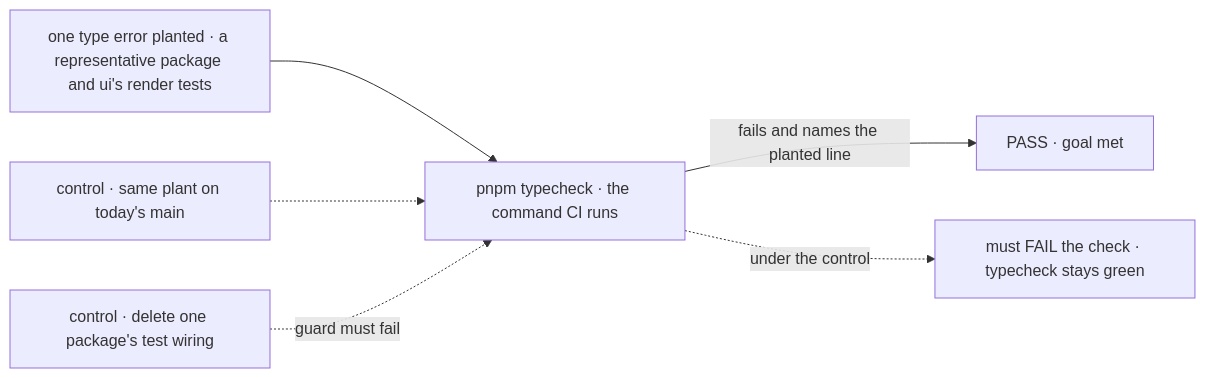
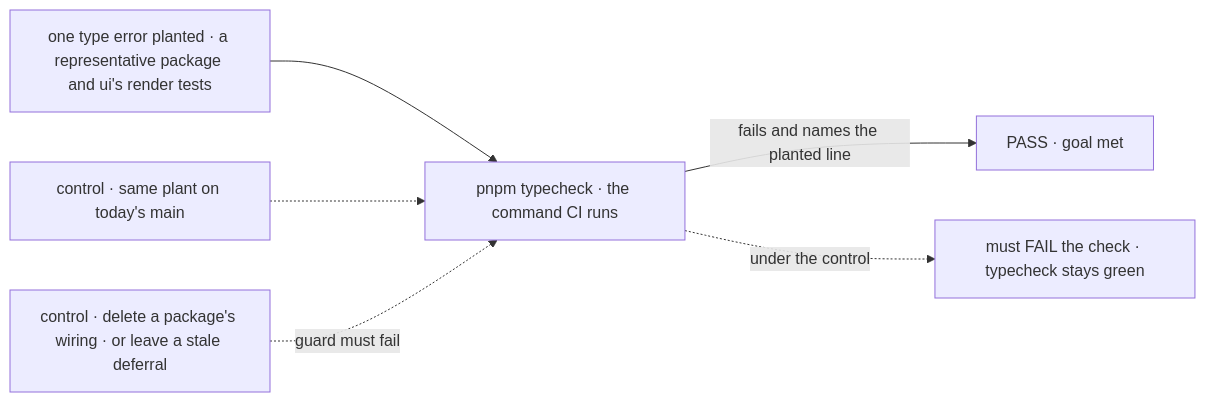
Before and after one commit to fixpoint-labs/flow-state-dev: the first of 3 diagrams in specs/issues/FIX-1343/SPEC.md, drawn with Mermaid. The commit also changed other lines of this file and 2 other files, not shown here.

First line of the commit message:
spec(FIX-1343): stack by default, stale-deferral guard, code links

````diff
--- a/specs/issues/FIX-1343/SPEC.md
+++ b/specs/issues/FIX-1343/SPEC.md
@@ -31,8 +31,8 @@
 ```mermaid
 flowchart LR
   P["one type error planted · a representative package and ui's render tests"] --> T["pnpm typecheck · the command CI runs"]
   T -->|"fails and names the planted line"| OK["PASS · goal met"]
   M["control · same plant on today's main"] -.-> T
   T -.->|"under the control"| F["must FAIL the check · typecheck stays green"]
-  G["control · delete one package's test wiring"] -.->|"guard must fail"| T
+  G["control · delete a package's wiring · or leave a stale deferral"] -.->|"guard must fail"| T
 ```
````
